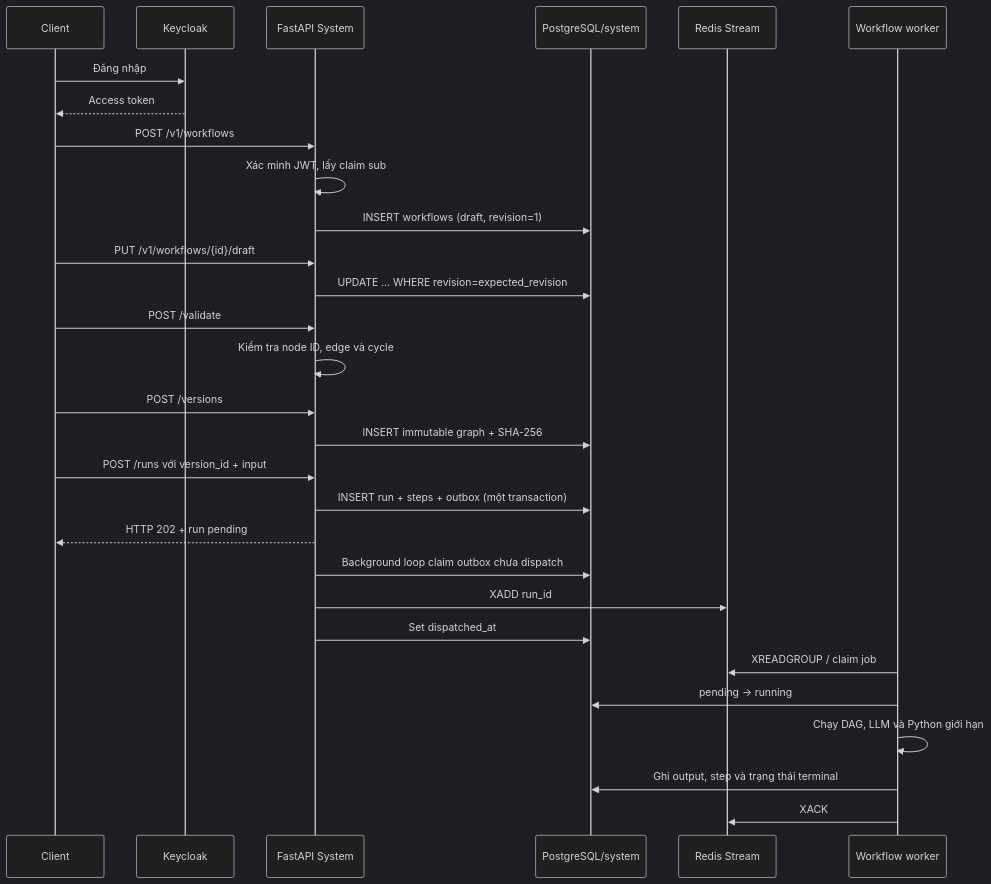
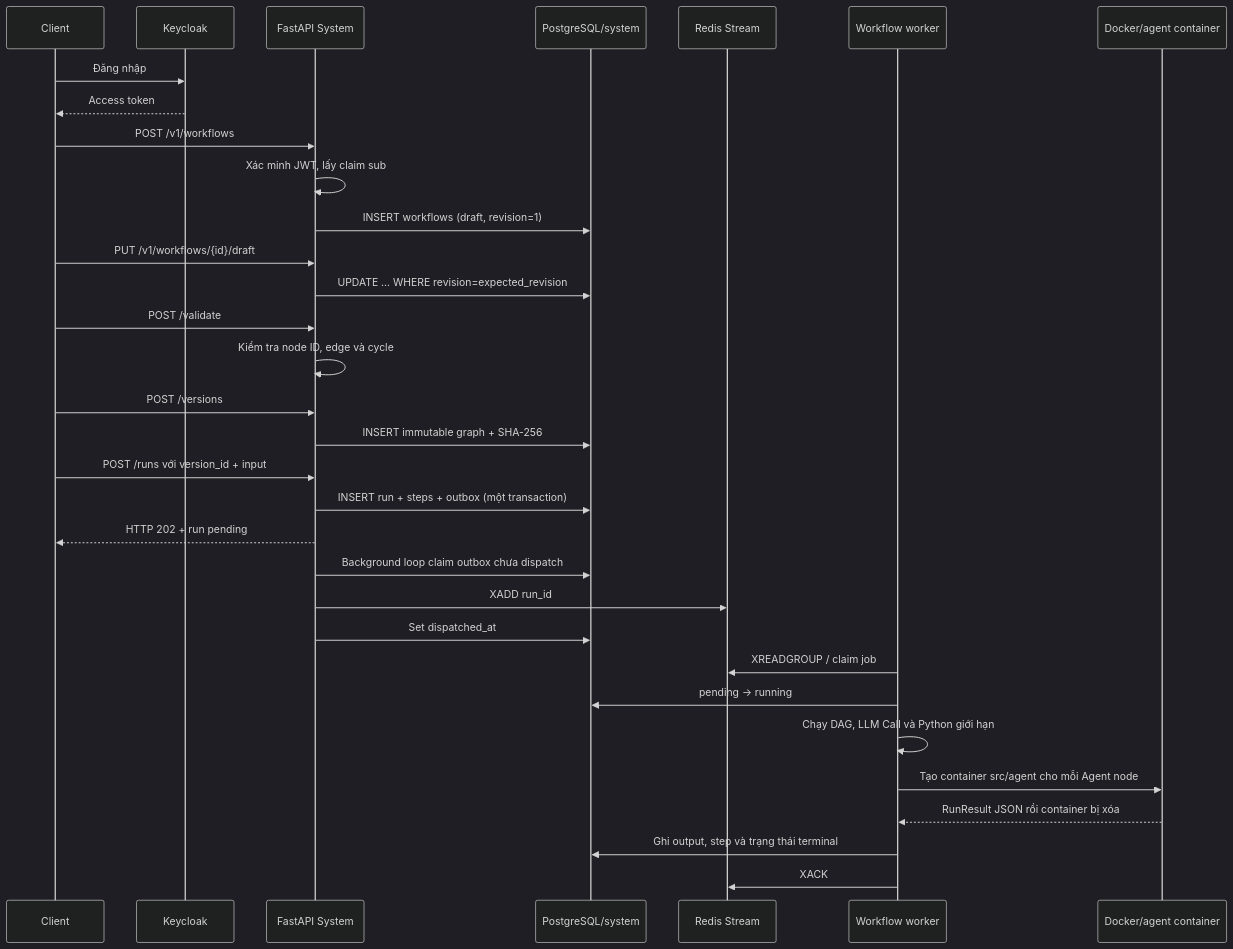
Before and after one commit to ndthangit/AgentFlow: the second of 3 diagrams in docs/workflow-execution.md, drawn with Mermaid (dark theme). The commit also changed other lines of this file and 61 other files, not shown here.

First line of the commit message:
feat: Add MCP server management functionality and agent container execution

````diff
--- a/docs/workflow-execution.md
+++ b/docs/workflow-execution.md
@@ -88,32 +88,35 @@
 ```mermaid
 sequenceDiagram
     participant C as Client
     participant K as Keycloak
     participant A as FastAPI System
     participant P as PostgreSQL/system
     participant R as Redis Stream
     participant W as Workflow worker
+    participant D as Docker/agent container
 
     C->>K: Đăng nhập
     K-->>C: Access token
     C->>A: POST /v1/workflows
     A->>A: Xác minh JWT, lấy claim sub
     A->>P: INSERT workflows (draft, revision=1)
     C->>A: PUT /v1/workflows/{id}/draft
     A->>P: UPDATE ... WHERE revision=expected_revision
     C->>A: POST /validate
     A->>A: Kiểm tra node ID, edge và cycle
     C->>A: POST /versions
     A->>P: INSERT immutable graph + SHA-256
     C->>A: POST /runs với version_id + input
     A->>P: INSERT run + steps + outbox (một transaction)
     A-->>C: HTTP 202 + run pending
     A->>P: Background loop claim outbox chưa dispatch
     A->>R: XADD run_id
     A->>P: Set dispatched_at
     W->>R: XREADGROUP / claim job
     W->>P: pending -> running
-    W->>W: Chạy DAG, LLM và Python giới hạn
+    W->>W: Chạy DAG, LLM Call và Python giới hạn
+    W->>D: Tạo container src/agent cho mỗi Agent node
+    D-->>W: RunResult JSON rồi container bị xóa
     W->>P: Ghi output, step và trạng thái terminal
     W->>R: XACK
 ```
````
